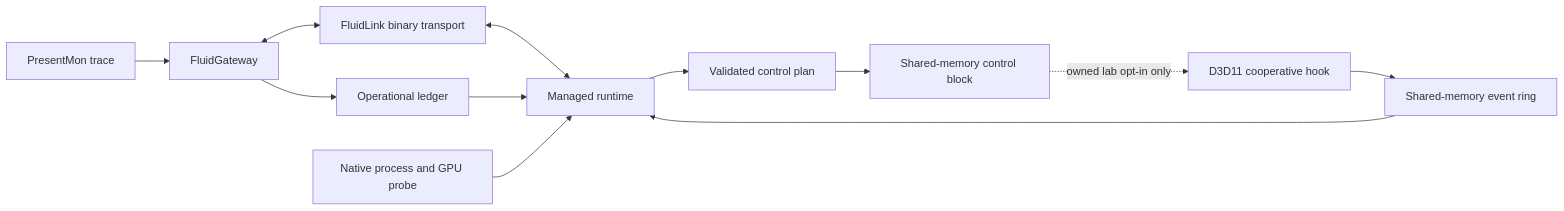
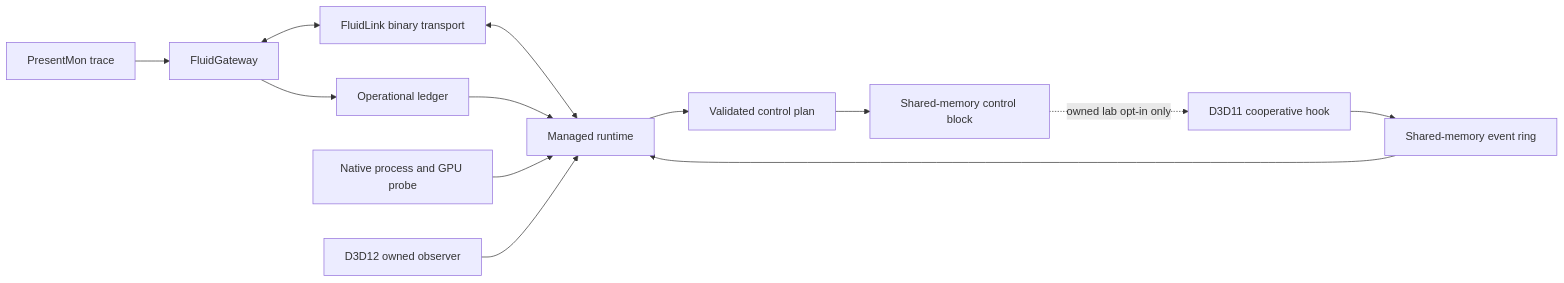
One commit to maxhuntert1414-max/FluidRuntime changed the diagram in docs/architecture.md. Above: the diagram before and after it, drawn with Mermaid. The commit also changed other lines of this file and 22 other files, not shown here.

````diff
--- a/docs/architecture.md
+++ b/docs/architecture.md
@@ -8,14 +8,15 @@
 ```mermaid
 flowchart LR
     PM[PresentMon trace] --> FG[FluidGateway]
     FG --> L[Operational ledger]
     FG <--> FL[FluidLink binary transport]
     FL <--> MR[Managed runtime]
     L --> MR
     NP[Native process and GPU probe] --> MR
+    D12[D3D12 owned observer] --> MR
     D3D[D3D11 cooperative hook] --> R[Shared-memory event ring]
     R --> MR
     MR --> P[Validated control plan]
     P --> C[Shared-memory control block]
     C -. owned lab opt-in only .-> D3D
 ```
````
